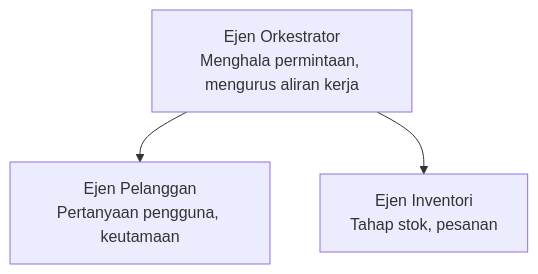
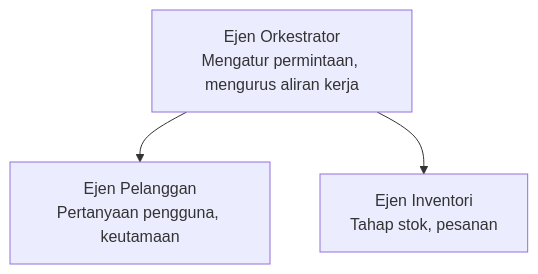
Before and after one commit to microsoft/AZD-for-beginners: the diagram in translations/ms/docs/chapter-05-multi-agent/README.md, drawn with Mermaid. The commit also changed other lines of this file and 58 other files, not shown here.

````diff
--- a/translations/ms/docs/chapter-05-multi-agent/README.md
+++ b/translations/ms/docs/chapter-05-multi-agent/README.md
@@ -54,5 +54,5 @@
 ```mermaid
 graph TD
-    Orchestrator[Ejen Orkestrator<br/>Menghala permintaan, mengurus aliran kerja] --> Customer[Ejen Pelanggan<br/>Pertanyaan pengguna, keutamaan]
+    Orchestrator[Ejen Orkestrator<br/>Mengatur permintaan, mengurus aliran kerja] --> Customer[Ejen Pelanggan<br/>Pertanyaan pengguna, keutamaan]
     Orchestrator --> Inventory[Ejen Inventori<br/>Tahap stok, pesanan]
 ```
````
